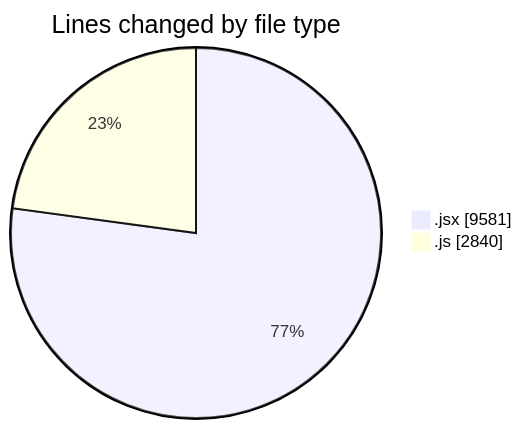
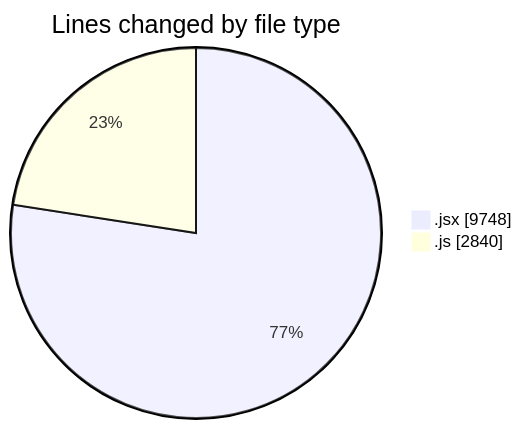
One commit to nxtqubesakshisongat/code-tracking changed the first of 2 diagrams in 2025-09-23/nxtqube_webapp/README.md. Above: the diagram before and after it, drawn with Mermaid. The commit also changed other lines of this file and 1 other file, not shown here.

````diff
--- a/2025-09-23/nxtqube_webapp/README.md
+++ b/2025-09-23/nxtqube_webapp/README.md
@@ -24,6 +24,6 @@
 ```mermaid
 pie showData
 title Lines changed by file type
-".jsx" : 9581
+".jsx" : 9748
 ".js" : 2840
 ```
````
